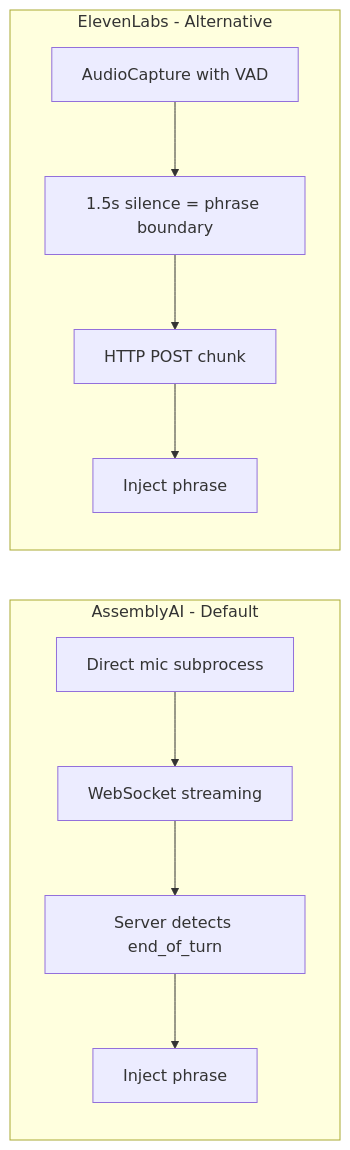
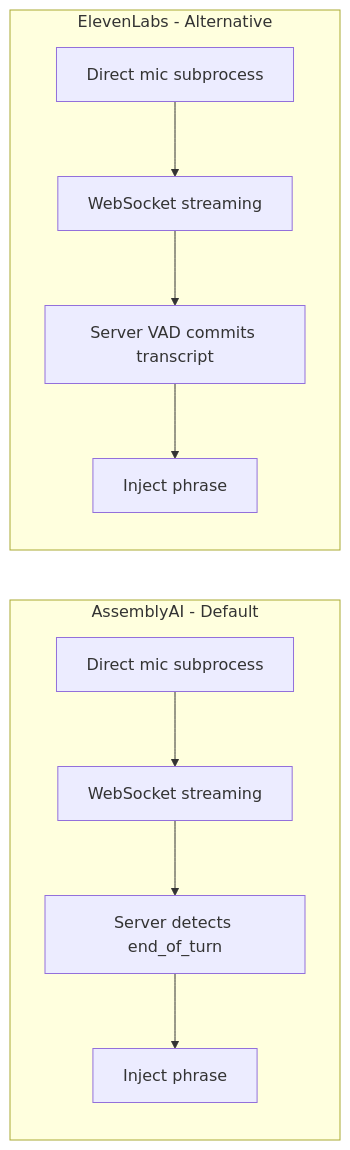
The second of 4 diagrams in ARCHITECTURE.md (lttr/realtime-transcript-linux), drawn with Mermaid before and after one commit. The commit also changed other lines of this file and 2 other files, not shown here.

Commit message:
docs: update architecture and docs for ElevenLabs WebSocket streaming

````diff
--- a/ARCHITECTURE.md
+++ b/ARCHITECTURE.md
@@ -33,14 +32,14 @@
 ```mermaid
 graph LR
     subgraph AAI[AssemblyAI - Default]
         A1[Direct mic subprocess] --> A2[WebSocket streaming]
         A2 --> A3[Server detects end_of_turn]
         A3 --> A4[Inject phrase]
     end
 
     subgraph EL[ElevenLabs - Alternative]
-        E1[AudioCapture with VAD] --> E2[1.5s silence = phrase boundary]
-        E2 --> E3[HTTP POST chunk]
+        E1[Direct mic subprocess] --> E2[WebSocket streaming]
+        E2 --> E3[Server VAD commits transcript]
         E3 --> E4[Inject phrase]
     end
 ```
````
